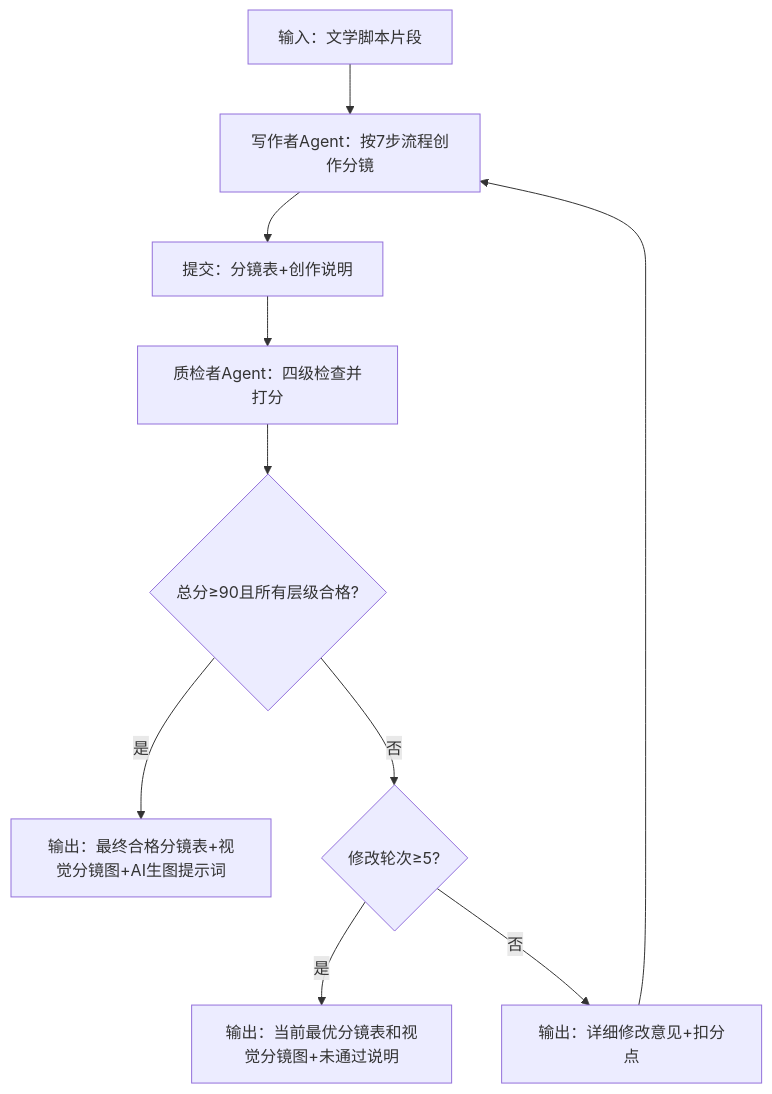
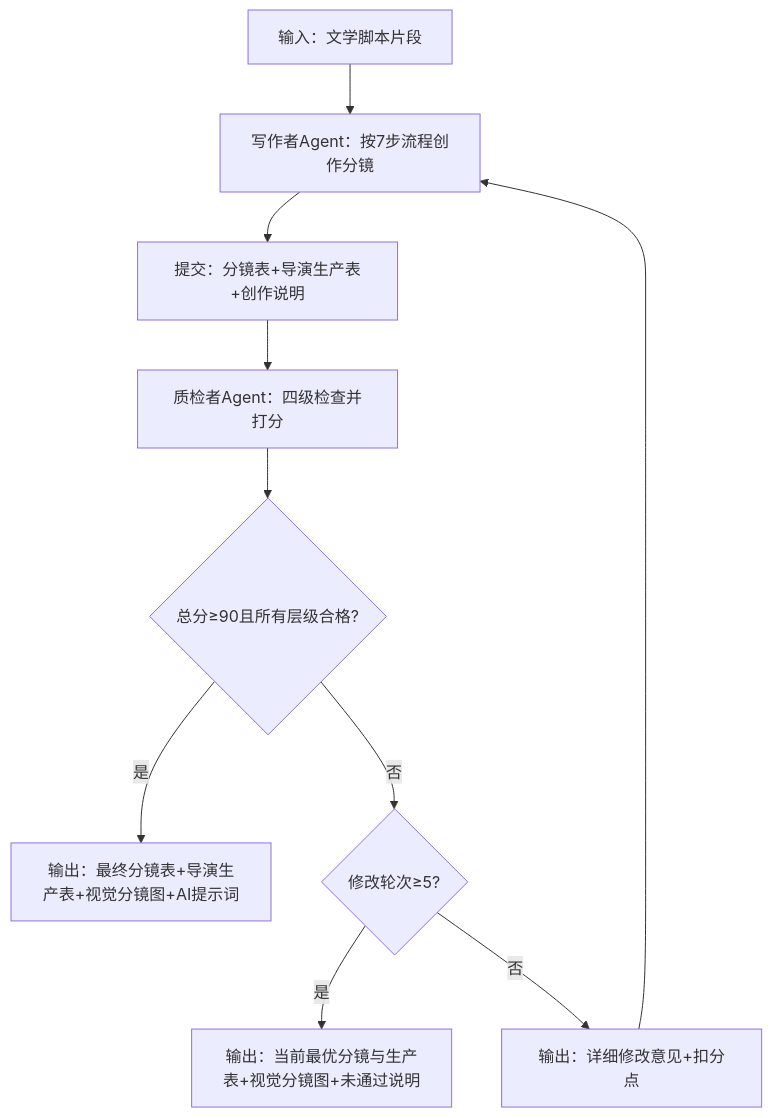
Before and after one commit to Punyko8/codex-skills: the diagram in skills/toffee-family-storyboard/SKILL.md, drawn with Mermaid. The commit also changed other lines of this file and 4 other files, not shown here.

````diff
--- a/skills/toffee-family-storyboard/SKILL.md
+++ b/skills/toffee-family-storyboard/SKILL.md
@@ -244,12 +261,12 @@
 ```mermaid
 graph TD
  A[输入：文学脚本片段] --> B[写作者Agent：按7步流程创作分镜]
- B --> C[提交：分镜表+创作说明]
+ B --> C[提交：分镜表+导演生产表+创作说明]
  C --> D[质检者Agent：四级检查并打分]
  D --> E{总分≥90且所有层级合格?}
- E -->|是| F[输出：最终合格分镜表+视觉分镜图+AI生图提示词]
+ E -->|是| F[输出：最终分镜表+导演生产表+视觉分镜图+AI提示词]
  E -->|否| G{修改轮次≥5?}
- G -->|是| H[输出：当前最优分镜表和视觉分镜图+未通过说明]
+ G -->|是| H[输出：当前最优分镜与生产表+视觉分镜图+未通过说明]
  G -->|否| I[输出：详细修改意见+扣分点]
  I --> B
 ```
````
